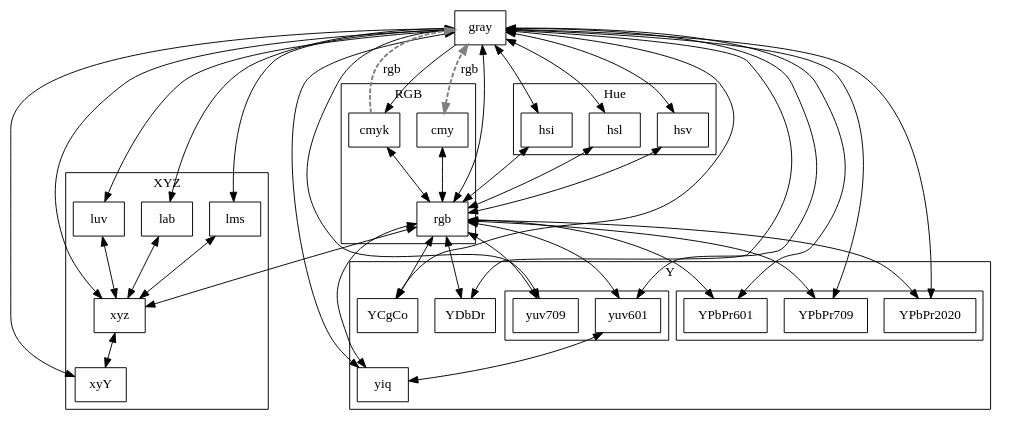
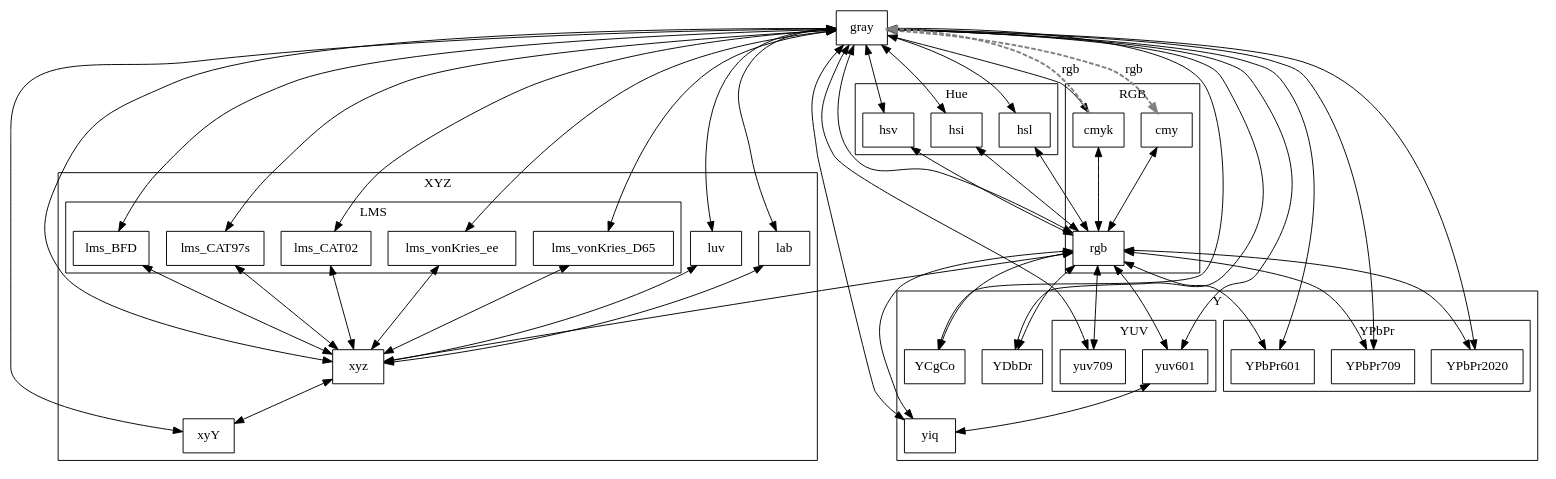
Before and after one commit to dmilos/color: the diagram in doc/gv/conv.gv, drawn with Graphviz. The commit also changed 8 other files, not shown here.

Commit message:
*enhance:[doc] Introduced LMS, LUV and xyY *fix:[test] Gray conversion of test image

```diff
--- a/doc/gv/conv.gv
+++ b/doc/gv/conv.gv
@@ -1,121 +1,138 @@
 digraph color_conversion {
 	node [ shape ="box" ];
 	//gray [ color=gray, penwidth = 5 ];
 	//rgb [ style=striped , fillcolor="red:green:blue" ];
 
 	cmy  -> gray [ label = "rgb", style=dashed, color=gray, penwidth = 2, dir=both ];
 	cmy  -> rgb  [ label = "", dir=both  ];
 
 	cmyk -> gray[ label = "rgb", style=dashed, color=gray, penwidth = 2, dir=forward ];
 	cmyk -> rgb [ label = "", dir=both ];
 
 	gray -> cmyk [ label = "", dir=forward  ];
 	//gray -> hbw   [ label = "", dir=both  ];
 	gray -> hsi   [ label = "", dir=both ];
 	gray -> hsl   [ label = "", dir=both ];
 	gray -> hsv   [ label = "", dir=both  ];
 	gray -> lab   [ label = "", dir=both ];
 	gray -> rgb   [ label = "", dir=both ];
 	gray -> xyz   [ label = "", dir=both ];
 	gray -> YCgCo [ label = "", dir=both ];
 	gray -> YDbDr [ label = "", dir=both ];
 	gray -> yiq   [ label = "", dir=both ];
 	gray -> YPbPr601  [ label = "", dir=both ];
 	gray -> YPbPr709  [ label = "", dir=both ];
 	gray -> YPbPr2020 [ label = "", dir=both ];
 	gray -> yuv601   [ label = "", dir=both ];
 	gray -> yuv709   [ label = "", dir=both ];
 
-	gray -> lms   [ label = "", dir=both ];
+	gray -> lms_vonKries_ee   [ label = "", dir=both ];
+	gray -> lms_vonKries_D65   [ label = "", dir=both ];
+	gray -> lms_BFD   [ label = "", dir=both ];
+	gray -> lms_CAT97s   [ label = "", dir=both ];
+	gray -> lms_CAT02   [ label = "", dir=both ];
 	gray -> luv   [ label = "", dir=both ];
 	gray -> xyY   [ label = "", dir=both ];
 
 	//hbw  -> hsv[ label = "", dir=both ];
 
 	hsi  -> rgb [ label = "", dir=both ];
 
 	hsl  -> rgb [ label = "", dir=both ];
 
 	hsv  -> rgb [ label = "", dir=both ];
 
 	lab -> xyz [ label = "", dir=both ];
-	lms -> xyz [ label = "", dir=both ];
+	lms_vonKries_ee -> xyz[ label = "", dir=both ];
+	lms_vonKries_D65 -> xyz[ label = "", dir=both ];
+	lms_BFD  -> xyz[ label = "", dir=both ];
+	lms_CAT97s -> xyz[ label = "", dir=both ];
+	lms_CAT02  -> xyz[ label = "", dir=both ];
 	luv -> xyz [ label = "", dir=both ];
 
 	rgb -> xyz   [ label = "", dir=both ];
 	rgb -> YCgCo [ label = "", dir=both ];
 	rgb -> YDbDr [ label = "", dir=both ];
 	rgb -> yiq   [ label = "", dir=both ];
 	rgb -> YPbPr601  [ label = "", dir=both ];
 	rgb -> YPbPr709  [ label = "", dir=both ];
 	rgb -> YPbPr2020 [ label = "", dir=both ];
 	rgb -> yuv601[ label = "", dir=both ];
 	rgb -> yuv709[ label = "", dir=both ];
 
 	//xyz -> Hunter  [ label = "", dir=both ];
 	xyz -> xyY     [ label = "", dir=both ];
 	//lab -> LCHab   [ label = "", dir=both ];
 	//Luv -> LCHub   [ label = "", dir=both ];
 
 	//yuv -> yuv   [ label = "", dir=both ];
 
 	yuv601 -> yiq   [ label = "", dir=both ];
 
 	subgraph cluster_hue
 	{
 		label = "Hue";
 		//node [ ] hbw;
 		node [ ] hsi;
 		node [ ] hsl;
 		node [ ] hsv;
 	}
 
 	subgraph cluster_Y
 	{
 		label = "Y";
 		node [ ] YCgCo;
 		node [ ] YDbDr;
 		node [ ] yiq  ;
 		node [ ] YPbPr601 ;
 		node [ ] YPbPr709 ;
 		node [ ] YPbPr2020;
 		node [ ] yuv601;
 		node [ ] yuv709;
 		subgraph cluster_yuv
 		{
-			label = "";
+			label = "YUV";
 			node [ ] yuv601;
 			node [ ] yuv709;
 		}
 		subgraph cluster_YPbPr
 		{
-			label = "";
+			label = "YPbPr";
 			node [ ] YPbPr601 ;
 			node [ ] YPbPr709 ;
 			node [ ] YPbPr2020;
 		}
 	}
 
 	subgraph cluster_CIE
 	{
 		label = "XYZ";
 		node [ ] xyz;
 		//node [ ] Hunter;
 		node [ ] xyY;
 		node [ ] lab;
 		node [ ] luv;
-		node [ ] lms;
+		subgraph cluster_LMS
+		{
+			label = "LMS";
+			node [ ] lms_vonKries_ee;
+			node [ ] lms_vonKries_D65;
+			node [ ] lms_BFD;
+			node [ ] lms_CAT97s;
+			node [ ] lms_CAT02;
+		}
+
 		//node [ ] LCHab;
 		//node [ ] LCHub;
 	}
 
 	subgraph cluster_RGB
 	{
 		label = "RGB";
 		node [ ] cmy;
 		node [ ] rgb;
 		node [ ] cmyk;
 	}
 
 
 }
```
